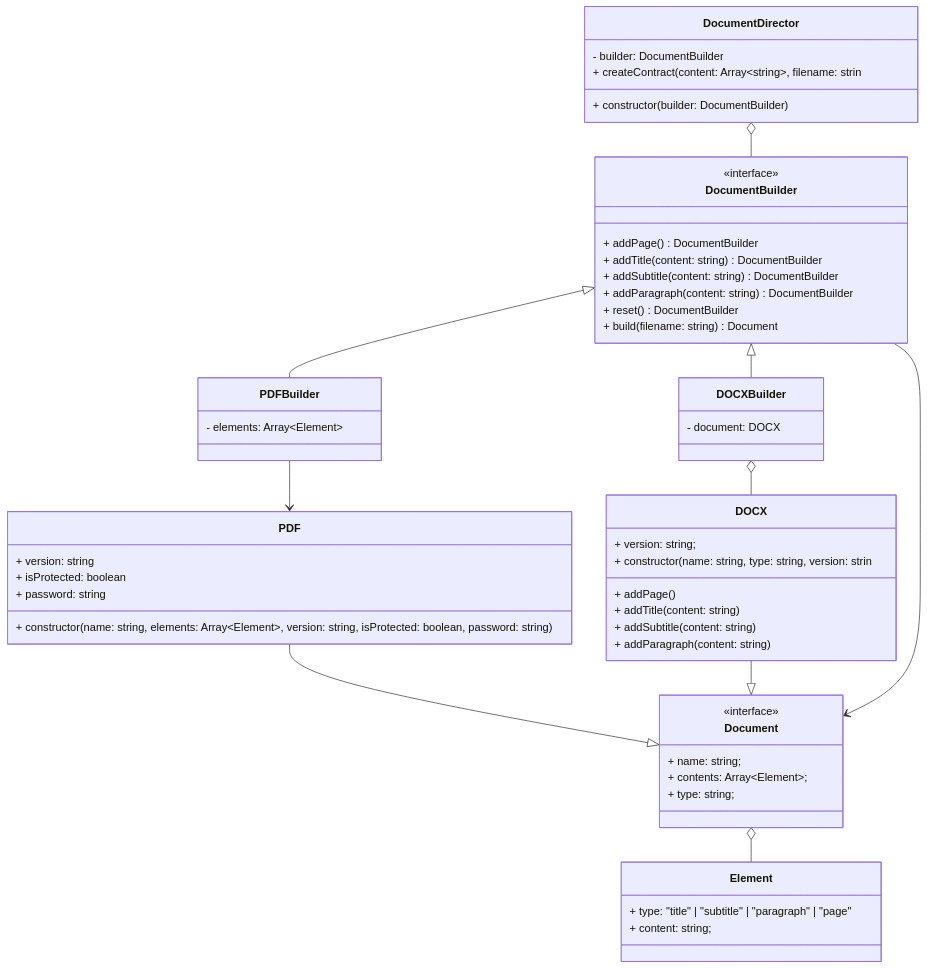
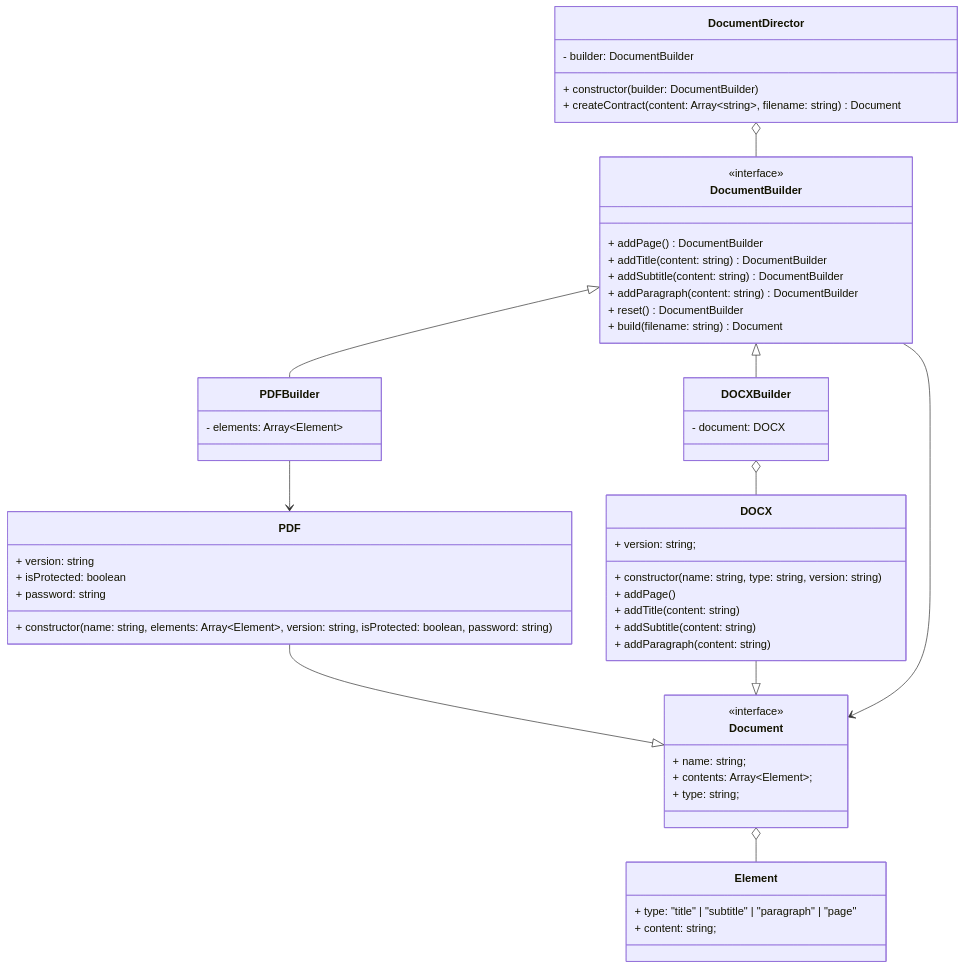
The diagram in README.md (A-Pass/IFBA-ADS-202211240006-S5.0-PRP005-Atividade.08.builder.pattern), drawn with Mermaid before and after one commit. The commit also changed other lines of this file, not shown here.

```````diff
--- a/README.md
+++ b/README.md
@@ -137,57 +147,69 @@
 ```mermaid
+
 classDiagram
     class DocumentBuilder {
         <<interface>>
         + addPage() DocumentBuilder
         + addTitle(content: string) DocumentBuilder
         + addSubtitle(content: string) DocumentBuilder
         + addParagraph(content: string) DocumentBuilder
         + reset() DocumentBuilder
         + build(filename: string) Document
     }
+
     class Element {
         + type: "title" | "subtitle" | "paragraph" | "page"
         + content: string;
     }
 
     class Document {
         <<interface>>
         + name: string;
-        + contents: Array~Element~;
+        + contents:  Array~Element~;
         + type: string;
     }
+
     class PDF {
         + version: string
         + isProtected: boolean
         + password: string
+		
         + constructor(name: string, elements: Array~Element~, version: string, isProtected: boolean, password: string)
+        
     }
+
     class DOCX {
         + version: string;
-        + constructor(name: string, type: string, version: strin
+        + constructor(name: string, type: string, version: string)
         + addPage()
         + addTitle(content: string)
         + addSubtitle(content: string)
         + addParagraph(content: string)
     }
+
     class PDFBuilder {
         - elements: Array~Element~
+
     }
+
     class DOCXBuilder {
         - document: DOCX
     }
+
     class DocumentDirector {
         - builder: DocumentBuilder
         + constructor(builder: DocumentBuilder)
-        + createContract(content: Array~string~, filename: strin
+        + createContract(content: Array~string~, filename: string) Document
     }
+
     DocumentBuilder <|-- PDFBuilder
     DocumentBuilder <|-- DOCXBuilder
     PDF --|> Document
     DOCX --|> Document
     PDFBuilder --> PDF
     DocumentBuilder --> Document
     DocumentDirector o-- DocumentBuilder
     Document o-- Element
     DOCXBuilder o-- DOCX
+
 ``````
```````
